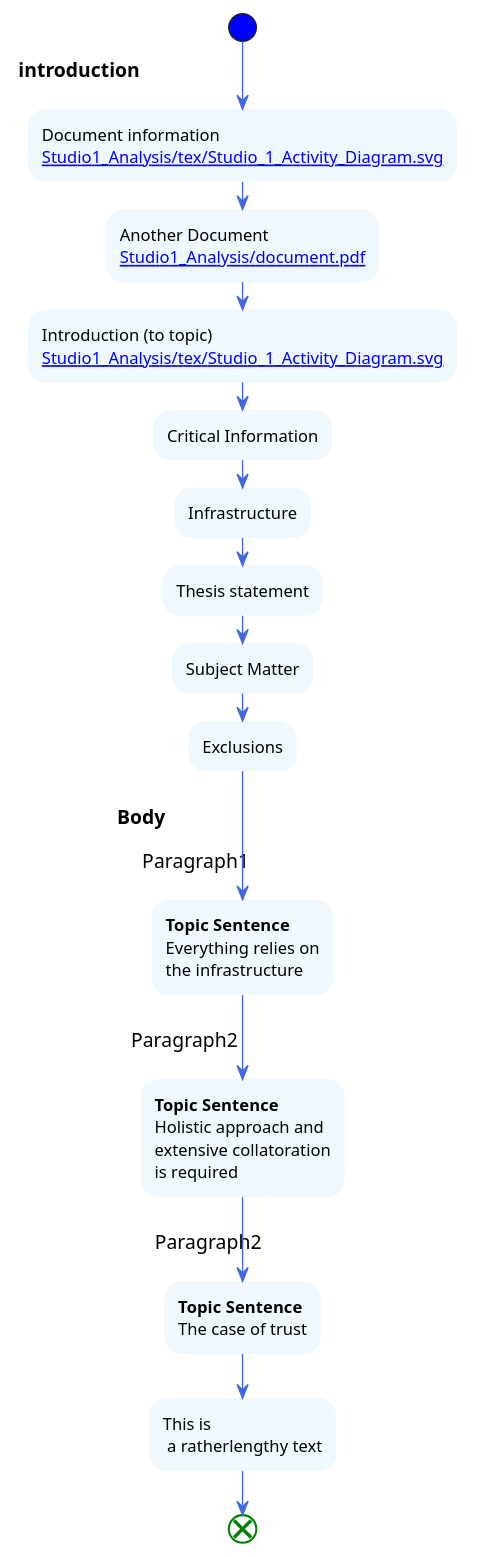
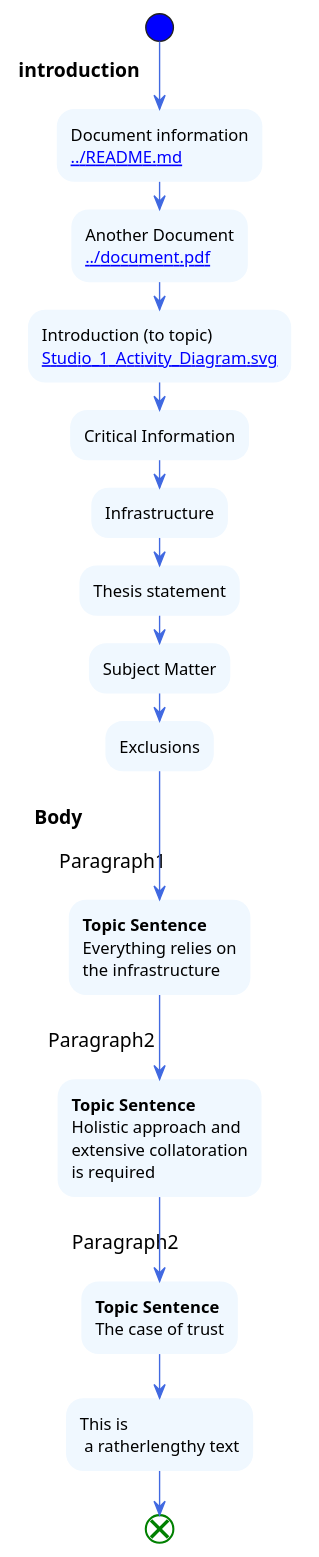
The first of 3 diagrams in tex/uml/CII.plantuml (Dale-NUC/Studio1_Analysis), drawn with PlantUML before and after one commit.

Commit message:
Readme and svg file updated

```diff
--- a/tex/uml/CII.plantuml
+++ b/tex/uml/CII.plantuml
@@ -1,53 +1,53 @@
 @startuml Studio_1_Activity_Diagram
 
 skinparam ActivityFontColor automatic
 skinparam ActivityBackgroundColor #AliceBlue
 skinparam ActivityBorderColor #transparent
 skinparam ActivityStartColor #Blue
 skinparam ActivityEndColor #Green
 skinparam PartitionBorderColor #white
 skinparam ArrowColor #RoyalBlue
 
 start
 
 partition **introduction** {
     :Document information
-    [[Studio1_Analysis/tex/Studio_1_Activity_Diagram.svg]];
+    [[../README.md]];
     :Another Document
-    [[Studio1_Analysis/document.pdf]];
+    [[../document.pdf]];
     :Introduction (to topic)
-    [[Studio1_Analysis/tex/Studio_1_Activity_Diagram.svg]];
+    [[Studio_1_Activity_Diagram.svg]];
     :Critical Information;
     :Infrastructure;
     :Thesis statement;
     :Subject Matter;
     :Exclusions;
 }
 
 partition **Body** {
     partition Paragraph1 {
         :**Topic Sentence**
         Everything relies on
         the infrastructure;
 
     }
     
     partition Paragraph2 {
         :**Topic Sentence**
         Holistic approach and
         extensive collatoration
         is required;
     }
     
     partition Paragraph2 {
         :**Topic Sentence**
         The case of trust;
     }
     
     :This is
      a ratherlengthy text;
 }
 
 end
 
 @enduml
```
